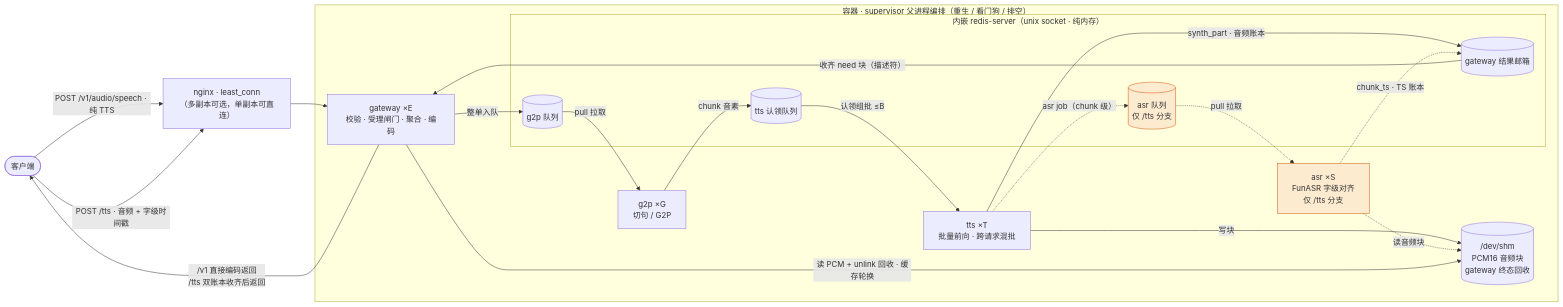
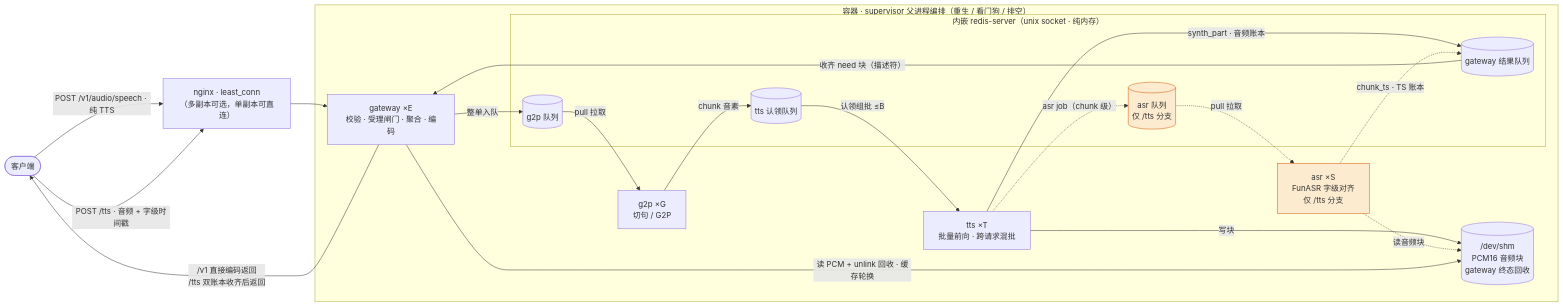
One commit to guang384/kokoro-tts-ascend changed the first of 4 diagrams in README.md. Above: the diagram before and after it, drawn with Mermaid. The commit also changed other lines of this file and 1 other file, not shown here.

````diff
--- a/README.md
+++ b/README.md
@@ -13,37 +13,37 @@
 ```mermaid
 flowchart LR
   client([客户端]) -->|"POST /v1/audio/speech · 纯 TTS"| nginx
   client -->|"POST /tts · 音频 + 字级时间戳"| nginx
   nginx["nginx · least_conn<br/>（多副本可选，单副本可直连）"] --> gw
 
   subgraph box["容器 · supervisor 父进程编排（重生 / 看门狗 / 排空）"]
     gw["gateway ×E<br/>校验 · 受理闸门 · 聚合 · 编码"]
     g2p["g2p ×G<br/>切句 / G2P"]
     tts["tts ×T<br/>批量前向 · 跨请求混批"]
     asr["asr ×S<br/>FunASR 字级对齐<br/>仅 /tts 分支"]
     subgraph q["内嵌 redis-server（unix socket · 纯内存）"]
       q1[("g2p 队列")]
       q2[("tts 认领队列")]
       q3[("asr 队列<br/>仅 /tts 分支")]
-      q4[("gateway 结果邮箱")]
+      q4[("gateway 结果队列")]
     end
     shm[("/dev/shm<br/>PCM16 音频块<br/>gateway 终态回收")]
   end
 
   gw -->|整单入队| q1
   q1 -->|pull 拉取| g2p
   g2p -->|chunk 音素| q2
   q2 -->|认领组批 ≤B| tts
   tts -->|写块| shm
   tts -->|synth_part · 音频账本| q4
   tts -.->|"asr job（chunk 级）"| q3
   q3 -.->|pull 拉取| asr
   asr -.->|读音频块| shm
   asr -.->|chunk_ts · TS 账本| q4
   q4 -->|收齐 need 块（描述符）| gw
   gw -->|读 PCM + unlink 回收 · 缓存轮换| shm
   gw -->|"/v1 直接编码返回<br/>/tts 双账本收齐后返回"| client
 
   classDef ttsonly fill:#fdebd0,stroke:#d35400;
   class asr,q3 ttsonly
 ```
````
